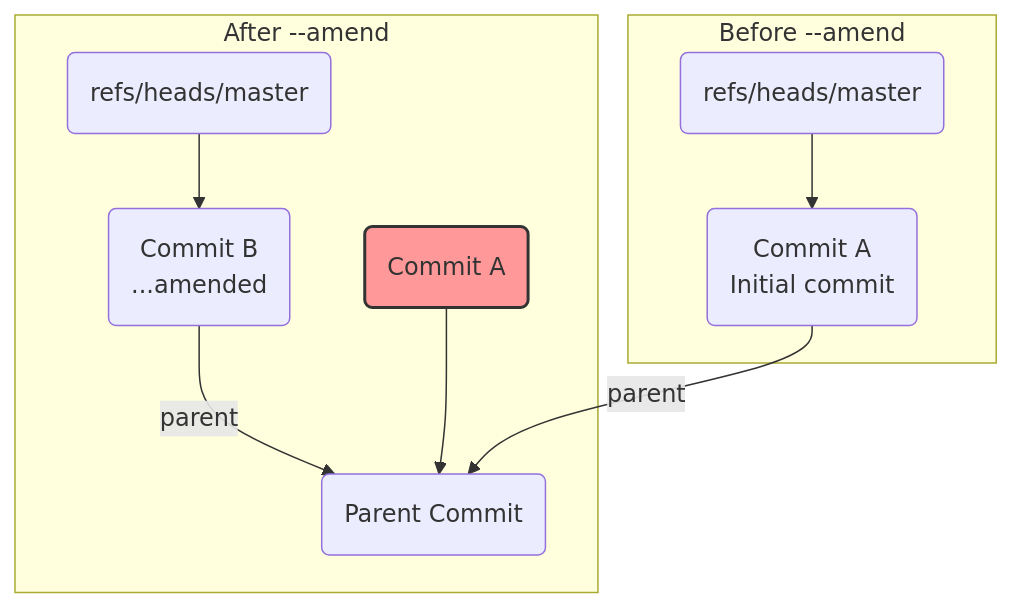
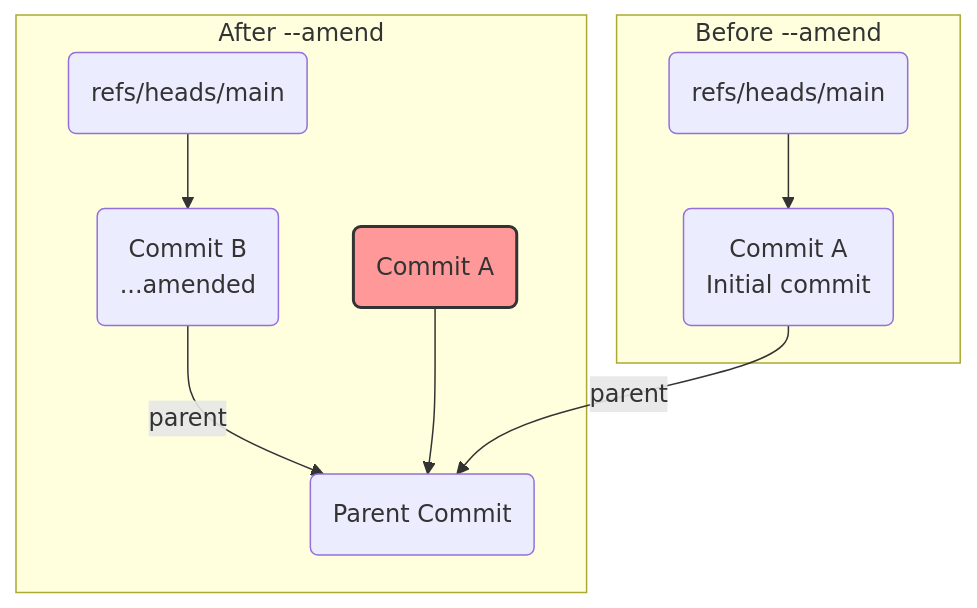
One commit to engineers-hub-ltd-in-house-project/git-deep-understanding changed the diagram in manuscript/part2/chapter09.md. Above: the diagram before and after it, drawn with Mermaid. The commit also changed other lines of this file and 36 other files, not shown here.

````diff
--- a/manuscript/part2/chapter09.md
+++ b/manuscript/part2/chapter09.md
@@ -96,15 +96,15 @@
 ```mermaid
 graph TD
     subgraph "Before --amend"
-        Master1("refs/heads/master") --> C1("Commit A<br/>Initial commit")
+        Main1("refs/heads/main") --> C1("Commit A<br/>Initial commit")
     end
 
     subgraph "After --amend"
-        Master2("refs/heads/master") --> C2("Commit B<br/>...amended")
+        Main2("refs/heads/main") --> C2("Commit B<br/>...amended")
         C2 -- parent --> C1_parent(Parent Commit)
         Orphaned(Commit A) --> C1_parent
         style Orphaned fill:#f99,stroke:#333,stroke-width:2px
     end
 
     C1 -- parent --> C1_parent
 ```
````
